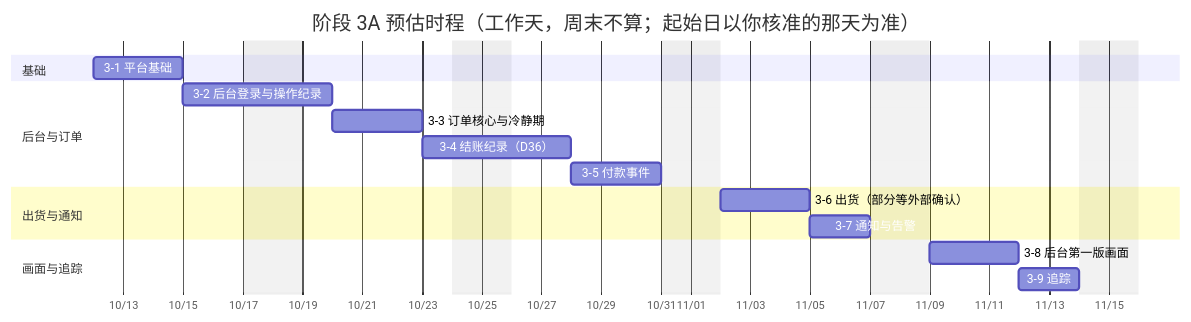
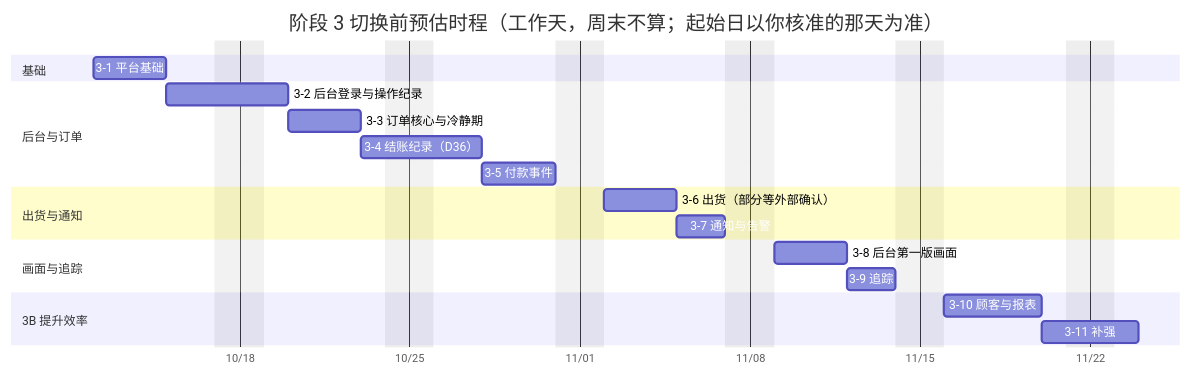
Before and after one commit to WADEYEH/shopapgo: the sixth of 6 diagrams in docs/design/phase3-plan.md, drawn with Mermaid. The commit also changed other lines of this file and 1 other file, not shown here.

````diff
--- a/docs/design/phase3-plan.md
+++ b/docs/design/phase3-plan.md
@@ -348,20 +354,23 @@
 ```mermaid
 gantt
-  title 阶段 3A 预估时程（工作天，周末不算；起始日以你核准的那天为准）
+  title 阶段 3 切换前预估时程（工作天，周末不算；起始日以你核准的那天为准）
   dateFormat YYYY-MM-DD
   axisFormat %m/%d
   excludes weekends
   section 基础
   3-1 平台基础             :p1, 2026-10-12, 3d
   section 后台与订单
   3-2 后台登录与操作纪录     :p2, after p1, 3d
   3-3 订单核心与冷静期       :p3, after p2, 3d
   3-4 结账纪录（D36）        :p4, after p3, 3d
   3-5 付款事件              :p5, after p4, 3d
   section 出货与通知
   3-6 出货（部分等外部确认）  :p6, after p5, 3d
   3-7 通知与告警            :p7, after p6, 2d
   section 画面与追踪
   3-8 后台第一版画面         :p8, after p7, 3d
   3-9 追踪                 :p9, after p8, 2d
+  section 3B 提升效率
+  3-10 顾客与报表           :p10, after p9, 4d
+  3-11 补强                :p11, after p10, 2d
 ```
````
